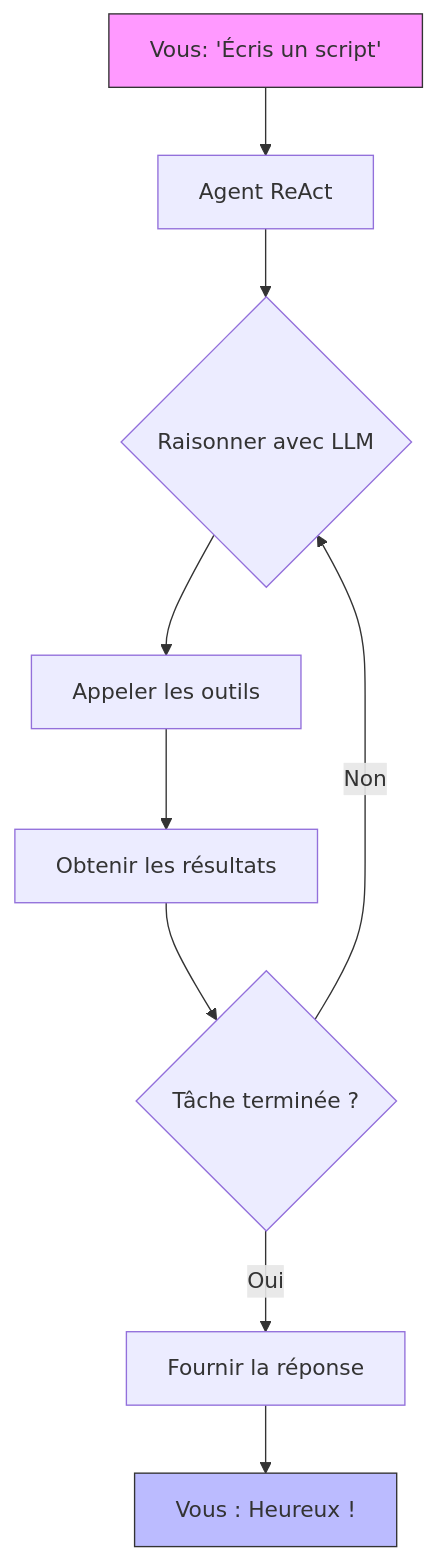
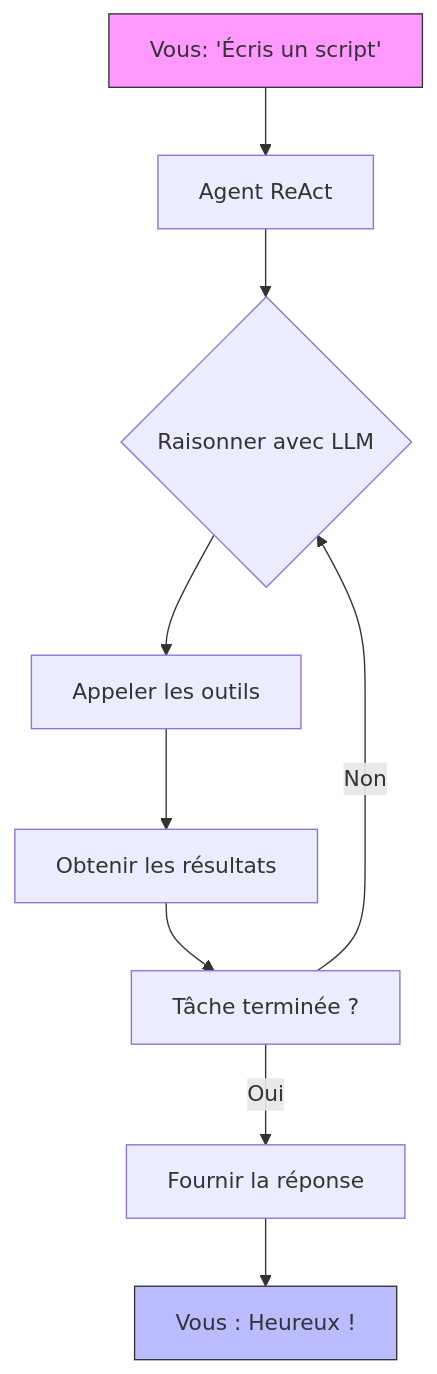
Before and after one commit to quantalogic/quantalogic: the first of 2 diagrams in README_FR.md, drawn with Mermaid. The commit also changed other lines of this file and 4 other files, not shown here.

Commit message:
update flow documentation

````diff
--- a/README_FR.md
+++ b/README_FR.md
@@ -290,13 +290,13 @@
 ```mermaid
 graph TD
     A[Vous: 'Écris un script'] --> B[Agent ReAct]
     B --> C{Raisonner avec LLM}
     C --> D[Appeler les outils]
     D --> E[Obtenir les résultats]
-    E --> F{Tâche terminée ?}
+    E --> F[Tâche terminée ?]
     F -->|Non| C
     F -->|Oui| G[Fournir la réponse]
     G --> H[Vous : Heureux !]
     style A fill:#f9f,stroke:#333
     style H fill:#bbf,stroke:#333
 ```
````
